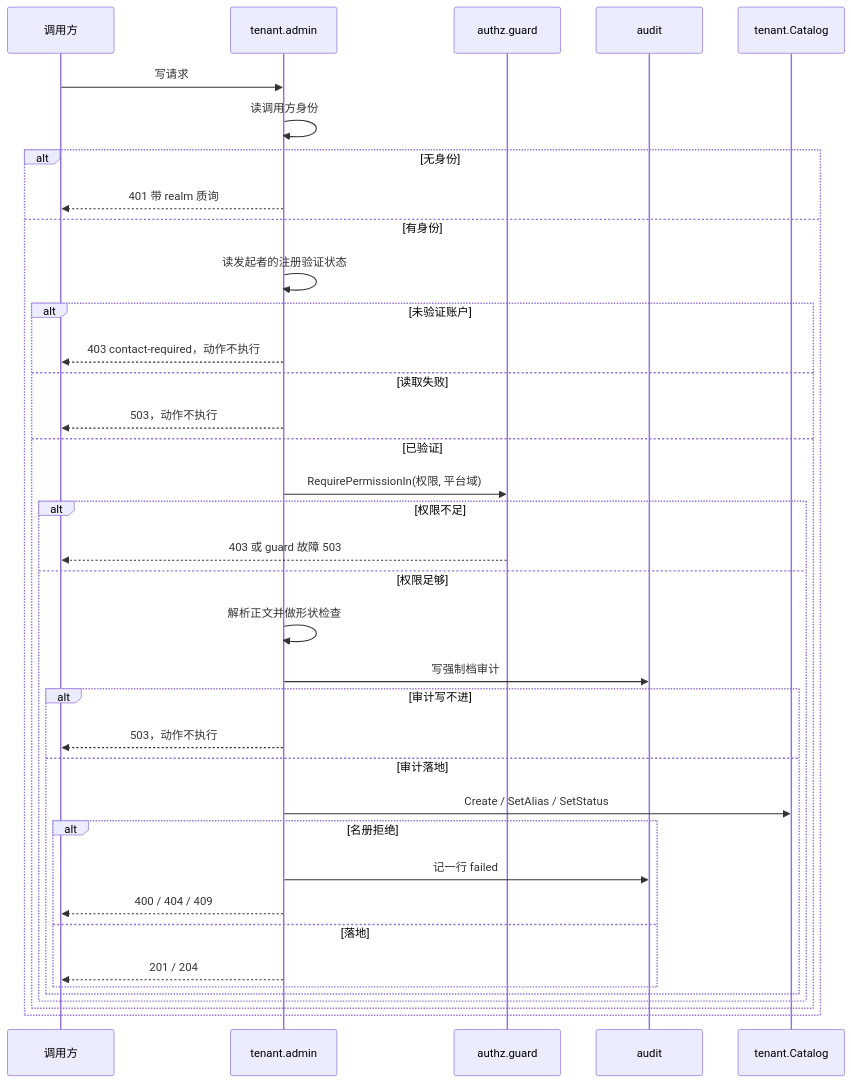
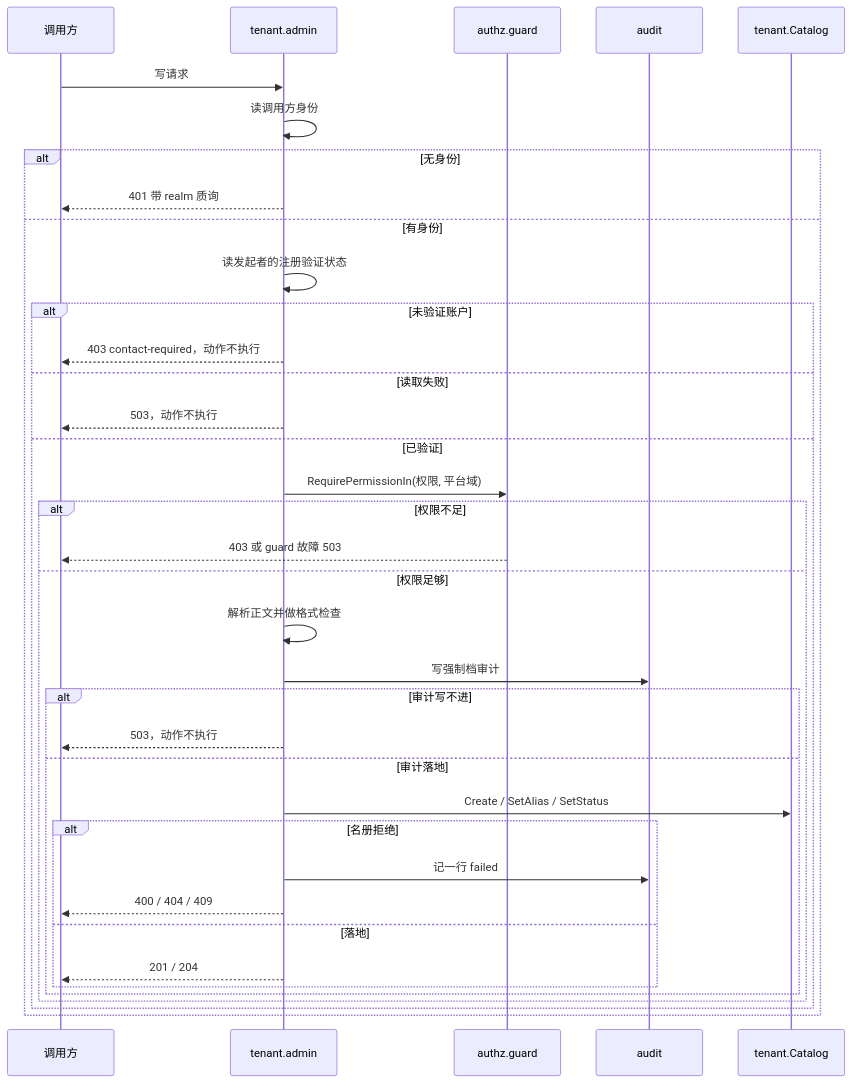
Before and after one commit to wangzw/speed: the diagram in docs/design/modules/tenant/design-tenant-admin.md, drawn with Mermaid. The commit also changed other lines of this file and 328 other files, not shown here.

````diff
--- a/docs/design/modules/tenant/design-tenant-admin.md
+++ b/docs/design/modules/tenant/design-tenant-admin.md
@@ -115,39 +115,39 @@
 ```mermaid
 sequenceDiagram
     participant C as 调用方
     participant H as tenant.admin
     participant G as authz.guard
     participant A as audit
     participant R as tenant.Catalog
     C->>H: 写请求
     H->>H: 读调用方身份
     alt 无身份
         H-->>C: 401 带 realm 质询
     else 有身份
         H->>H: 读发起者的注册验证状态
         alt 未验证账户
             H-->>C: 403 contact-required，动作不执行
         else 读取失败
             H-->>C: 503，动作不执行
         else 已验证
             H->>G: RequirePermissionIn(权限, 平台域)
             alt 权限不足
                 G-->>C: 403 或 guard 故障 503
             else 权限足够
-                H->>H: 解析正文并做形状检查
+                H->>H: 解析正文并做格式检查
                 H->>A: 写强制档审计
                 alt 审计写不进
                     H-->>C: 503，动作不执行
                 else 审计落地
                     H->>R: Create / SetAlias / SetStatus
                     alt 名册拒绝
                         H->>A: 记一行 failed
                         H-->>C: 400 / 404 / 409
                     else 落地
                         H-->>C: 201 / 204
                     end
                 end
             end
         end
     end
 ```
````
